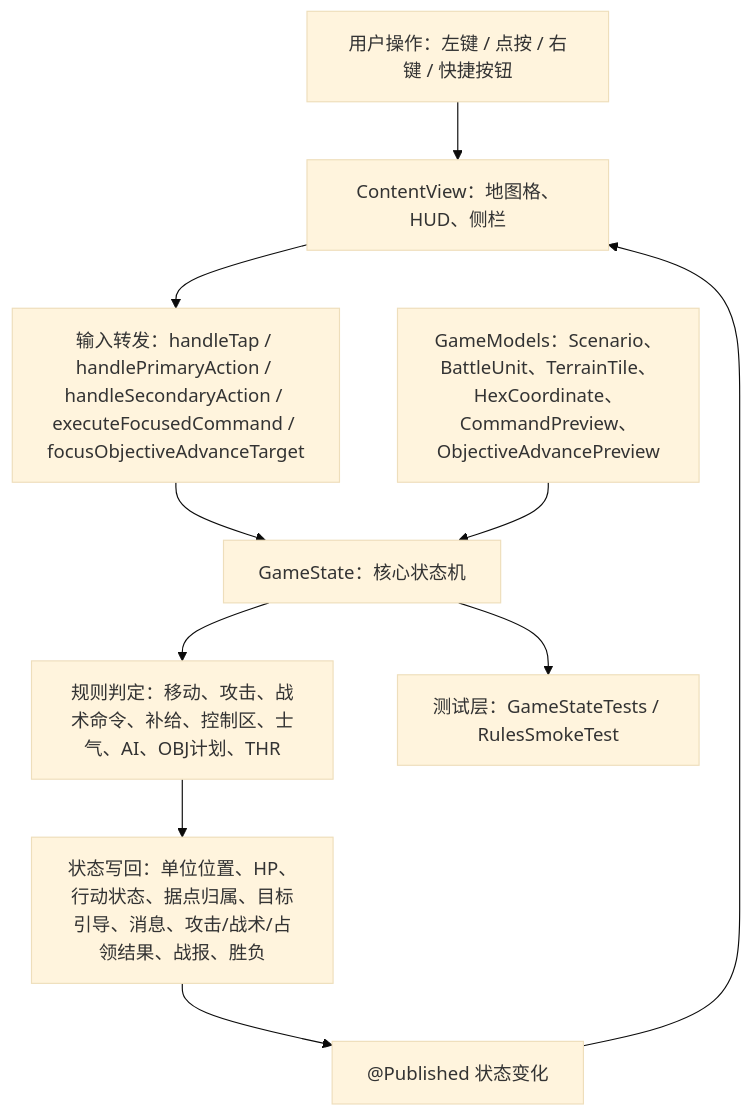
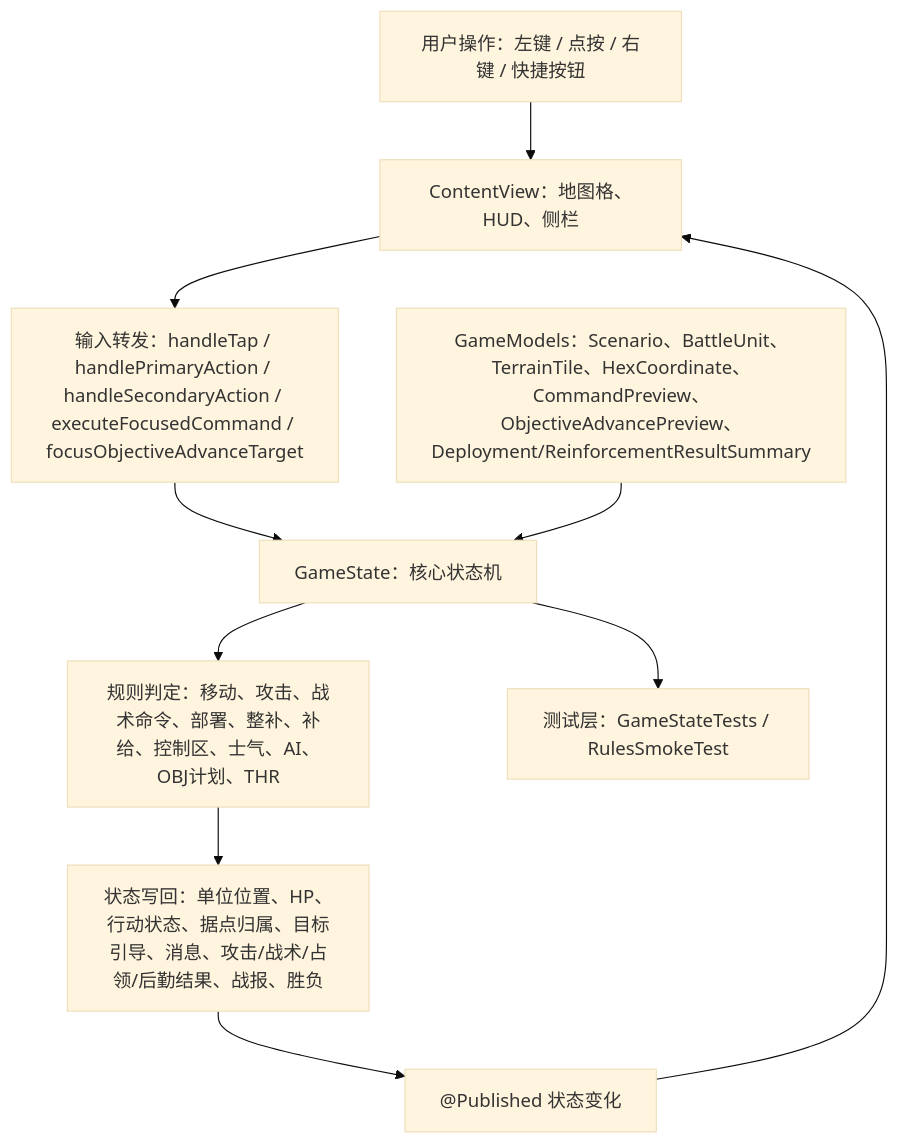
The first of 5 diagrams in md/flow/flowchart.md (Altman-sam114/116), drawn with Mermaid (base theme) before and after one commit. The commit also changed other lines of this file and 10 other files, not shown here.

````diff
--- a/md/flow/flowchart.md
+++ b/md/flow/flowchart.md
@@ -9,12 +9,12 @@
 ```mermaid
 flowchart TD
   U["用户操作：左键 / 点按 / 右键 / 快捷按钮"] --> V["ContentView：地图格、HUD、侧栏"]
   V --> I["输入转发：handleTap / handlePrimaryAction / handleSecondaryAction / executeFocusedCommand / focusObjectiveAdvanceTarget"]
   I --> S["GameState：核心状态机"]
-  M["GameModels：Scenario、BattleUnit、TerrainTile、HexCoordinate、CommandPreview、ObjectiveAdvancePreview"] --> S
-  S --> R["规则判定：移动、攻击、战术命令、补给、控制区、士气、AI、OBJ计划、THR"]
-  R --> W["状态写回：单位位置、HP、行动状态、据点归属、目标引导、消息、攻击/战术/占领结果、战报、胜负"]
+  M["GameModels：Scenario、BattleUnit、TerrainTile、HexCoordinate、CommandPreview、ObjectiveAdvancePreview、Deployment/ReinforcementResultSummary"] --> S
+  S --> R["规则判定：移动、攻击、战术命令、部署、整补、补给、控制区、士气、AI、OBJ计划、THR"]
+  R --> W["状态写回：单位位置、HP、行动状态、据点归属、目标引导、消息、攻击/战术/占领/后勤结果、战报、胜负"]
   W --> P["@Published 状态变化"]
   P --> V
   S --> T["测试层：GameStateTests / RulesSmokeTest"]
 ```
````
